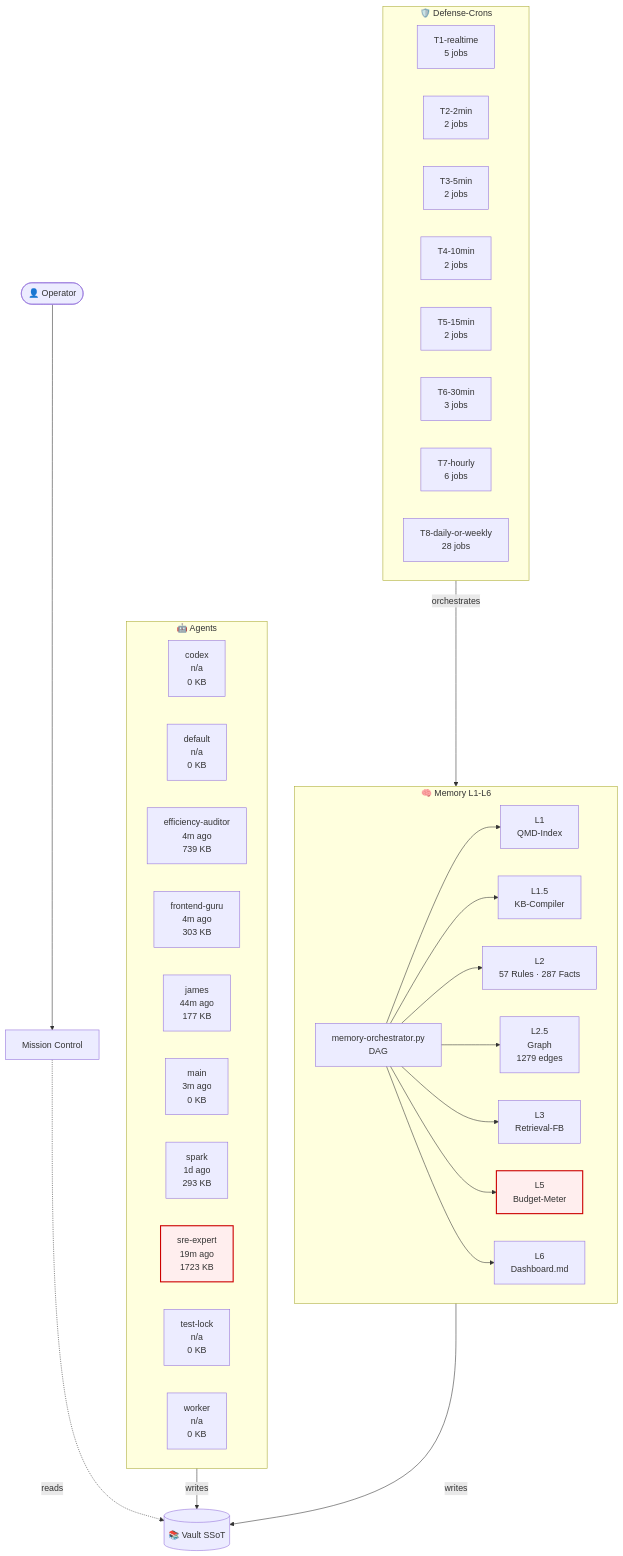
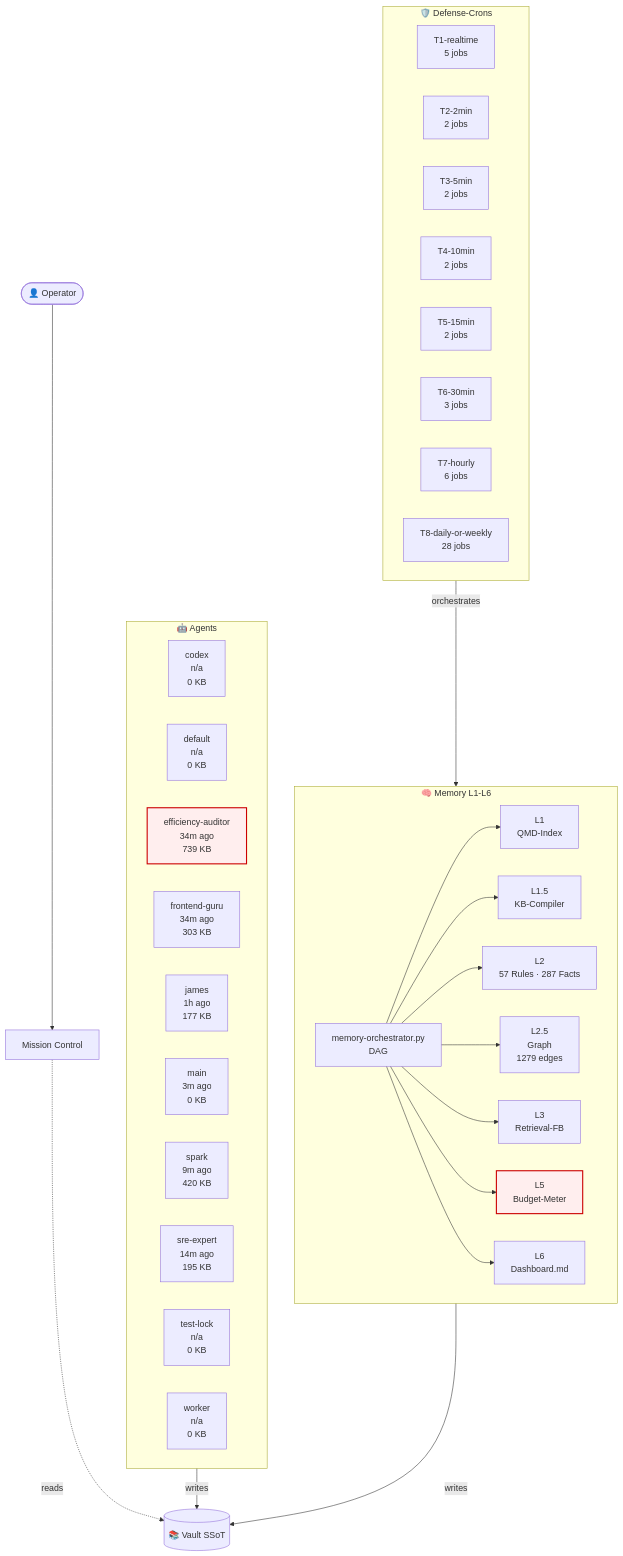
One commit to lenardhuebner88-rgb/openclaw-memory changed the diagram in 03-Agents/architecture-live.md. Above: the diagram before and after it, drawn with Mermaid. The commit also changed other lines of this file and 18 other files, not shown here.

````diff
--- a/03-Agents/architecture-live.md
+++ b/03-Agents/architecture-live.md
@@ -18,53 +18,53 @@
 ```mermaid
 flowchart TB
     classDef critical fill:#fee,stroke:#c00,stroke-width:2px;
     subgraph AGT["🤖 Agents"]
         agent_codex["codex<br/>n/a<br/>0 KB"]
         agent_default["default<br/>n/a<br/>0 KB"]
-        agent_efficiency_auditor["efficiency-auditor<br/>4m ago<br/>739 KB"]
-        agent_frontend_guru["frontend-guru<br/>4m ago<br/>303 KB"]
-        agent_james["james<br/>44m ago<br/>177 KB"]
+        agent_efficiency_auditor["efficiency-auditor<br/>34m ago<br/>739 KB"]
+        agent_frontend_guru["frontend-guru<br/>34m ago<br/>303 KB"]
+        agent_james["james<br/>1h ago<br/>177 KB"]
         agent_main["main<br/>3m ago<br/>0 KB"]
-        agent_spark["spark<br/>1d ago<br/>293 KB"]
-        agent_sre_expert["sre-expert<br/>19m ago<br/>1723 KB"]
+        agent_spark["spark<br/>9m ago<br/>420 KB"]
+        agent_sre_expert["sre-expert<br/>14m ago<br/>195 KB"]
         agent_test_lock["test-lock<br/>n/a<br/>0 KB"]
         agent_worker["worker<br/>n/a<br/>0 KB"]
     end
     subgraph MEM["🧠 Memory L1-L6"]
         L1["L1<br/>QMD-Index"]
         L15["L1.5<br/>KB-Compiler"]
         L2["L2<br/>57 Rules · 287 Facts"]
         L25["L2.5<br/>Graph<br/>1279 edges"]
         L3["L3<br/>Retrieval-FB"]
         L5["L5<br/>Budget-Meter"]
         L6["L6<br/>Dashboard.md"]
         ORCH["memory-orchestrator.py<br/>DAG"]
     end
     subgraph CRN["🛡️ Defense-Crons"]
         tier_T1_realtime["T1-realtime<br/>5 jobs"]
         tier_T2_2min["T2-2min<br/>2 jobs"]
         tier_T3_5min["T3-5min<br/>2 jobs"]
         tier_T4_10min["T4-10min<br/>2 jobs"]
         tier_T5_15min["T5-15min<br/>2 jobs"]
         tier_T6_30min["T6-30min<br/>3 jobs"]
         tier_T7_hourly["T7-hourly<br/>6 jobs"]
         tier_T8_daily_or_weekly["T8-daily-or-weekly<br/>28 jobs"]
     end
     VAULT[("📚 Vault SSoT")]
     OP([👤 Operator])
     MC["Mission Control"]
     OP --> MC
     MC -.reads.-> VAULT
     AGT -->|writes| VAULT
     MEM -->|writes| VAULT
     ORCH --> L1
     ORCH --> L15
     ORCH --> L2
     ORCH --> L25
     ORCH --> L3
     ORCH --> L5
     ORCH --> L6
     CRN -->|orchestrates| MEM
     class L5 critical
-    class agent_sre_expert critical
+    class agent_efficiency_auditor critical
 ```
````
